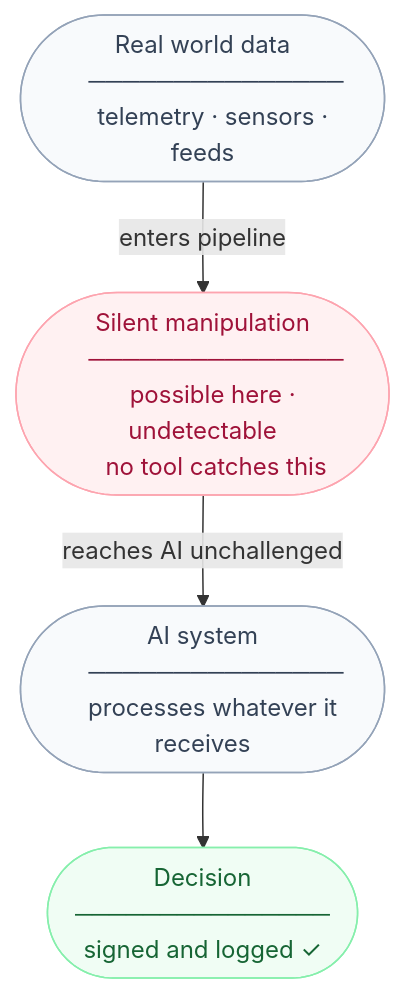
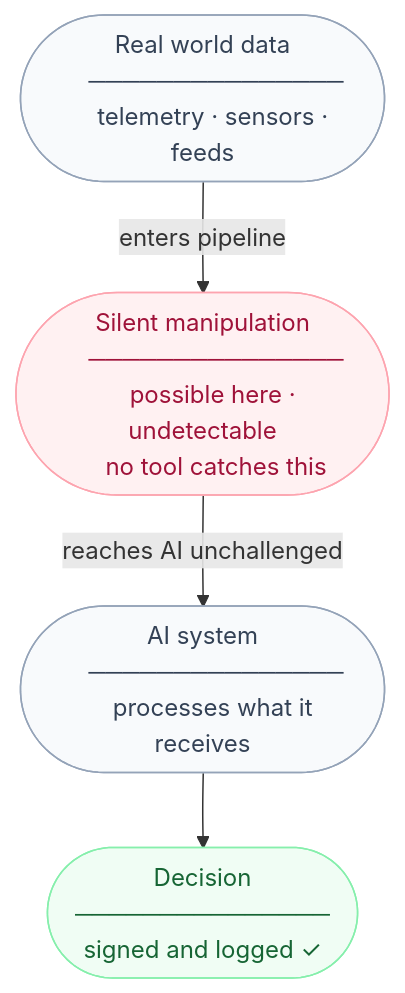
One commit to SpyrosArg/Verum changed the first of 2 diagrams in README.md. Above: the diagram before and after it, drawn with Mermaid.

````diff
--- a/README.md
+++ b/README.md
@@ -16,28 +16,28 @@
 ```mermaid
 flowchart TD
     A(["Real world data
     ───────────────
     telemetry · sensors · feeds"])
 
     B(["Silent manipulation
     ───────────────
     possible here · undetectable
     no tool catches this"])
 
     C(["AI system
     ───────────────
-    processes whatever it receives"])
+    processes what it receives"])
 
     D(["Decision
     ───────────────
     signed and logged ✓"])
 
     A -->|enters pipeline| B
     B -->|reaches AI unchallenged| C
     C --> D
 
     style A fill:#f8fafc,stroke:#94a3b8,color:#334155
     style B fill:#fff1f2,stroke:#fda4af,color:#9f1239
     style C fill:#f8fafc,stroke:#94a3b8,color:#334155
     style D fill:#f0fdf4,stroke:#86efac,color:#166534
 ```
````
